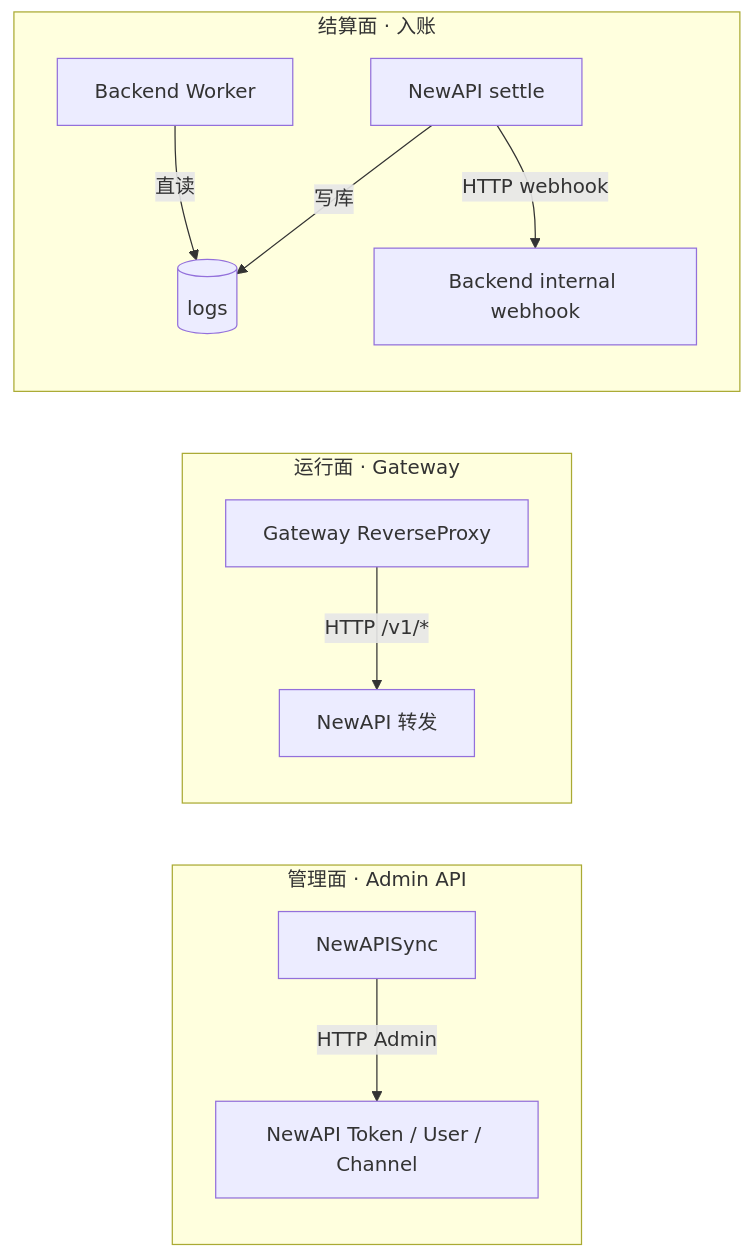
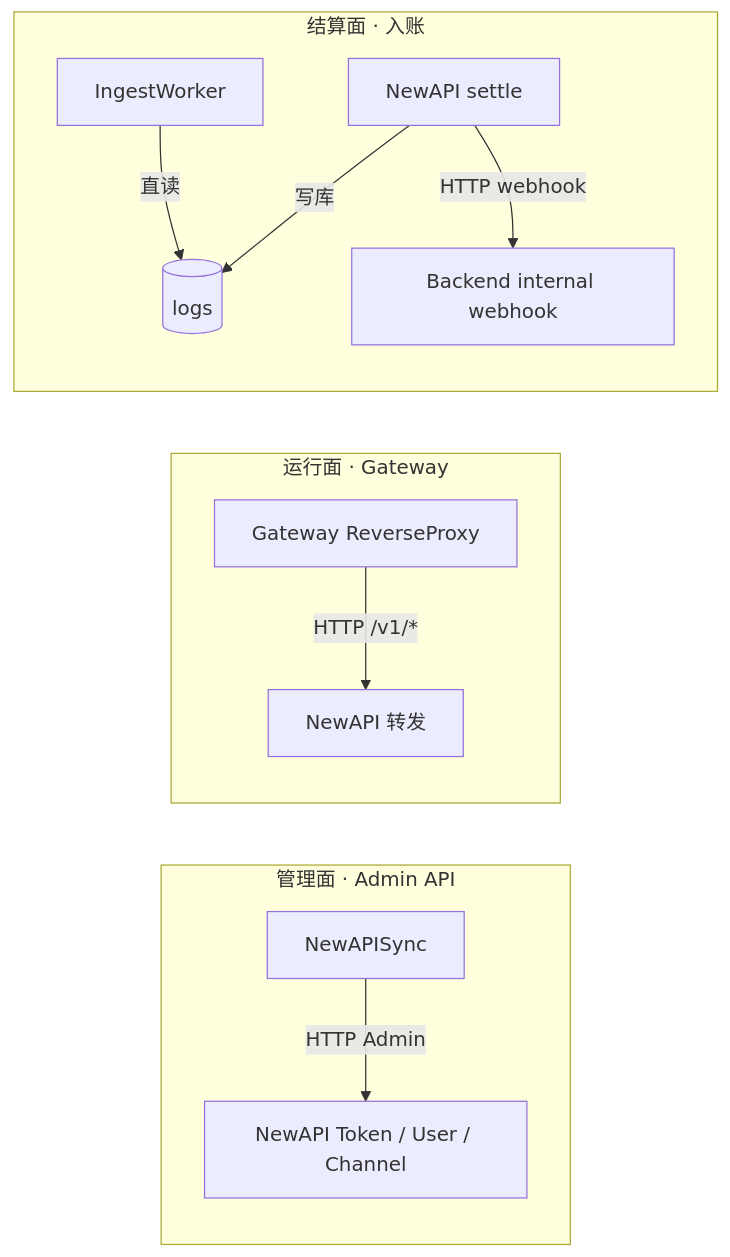
The third of 9 diagrams in docs/Backend-Ingest架构.md (quyip8818/mytokenjoy), drawn with Mermaid before and after one commit. The commit also changed other lines of this file and 65 other files, not shown here.

````diff
--- a/docs/Backend-Ingest架构.md
+++ b/docs/Backend-Ingest架构.md
@@ -96,16 +95,16 @@
 ```mermaid
 flowchart LR
   subgraph admin [管理面 · Admin API]
     LC[NewAPISync] -->|HTTP Admin| NA1[NewAPI Token / User / Channel]
   end
 
   subgraph runtime [运行面 · Gateway]
     GW[Gateway ReverseProxy] -->|HTTP /v1/*| NA2[NewAPI 转发]
   end
 
   subgraph settle [结算面 · 入账]
     NA3[NewAPI settle] -->|写库| LOG[(logs)]
     NA3 -->|HTTP webhook| WH[Backend internal webhook]
-    WK[Backend Worker] -->|直读| LOG
+    WK[IngestWorker] -->|直读| LOG
   end
 ```
````
